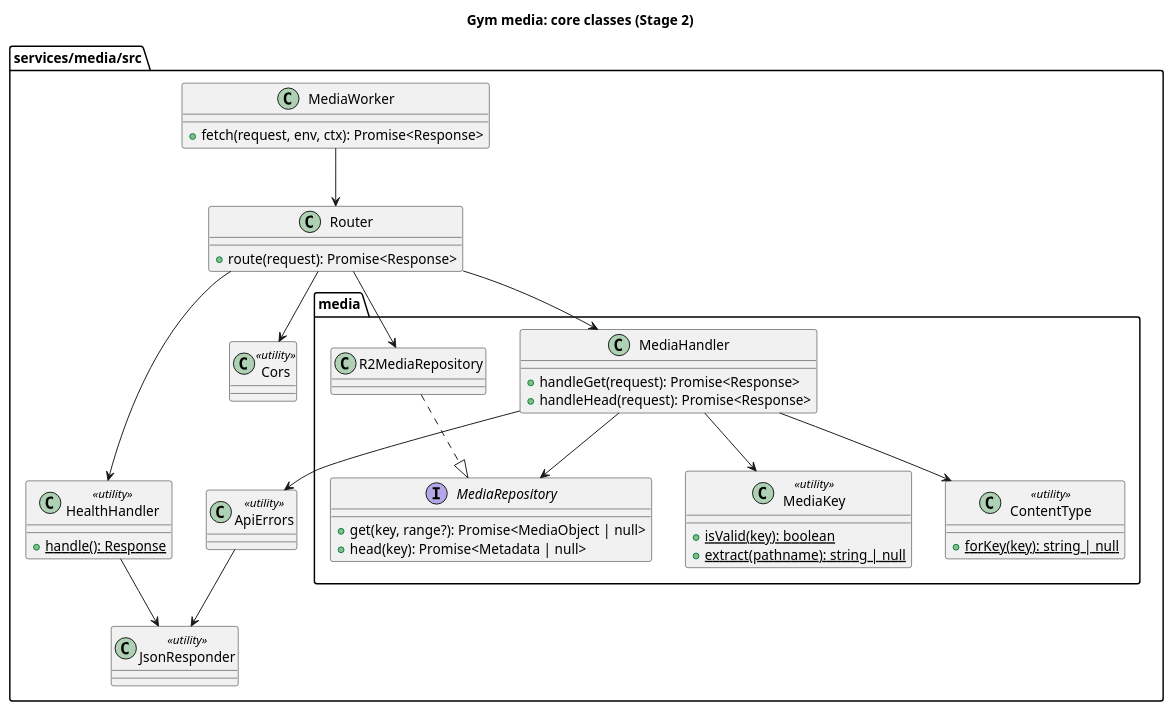
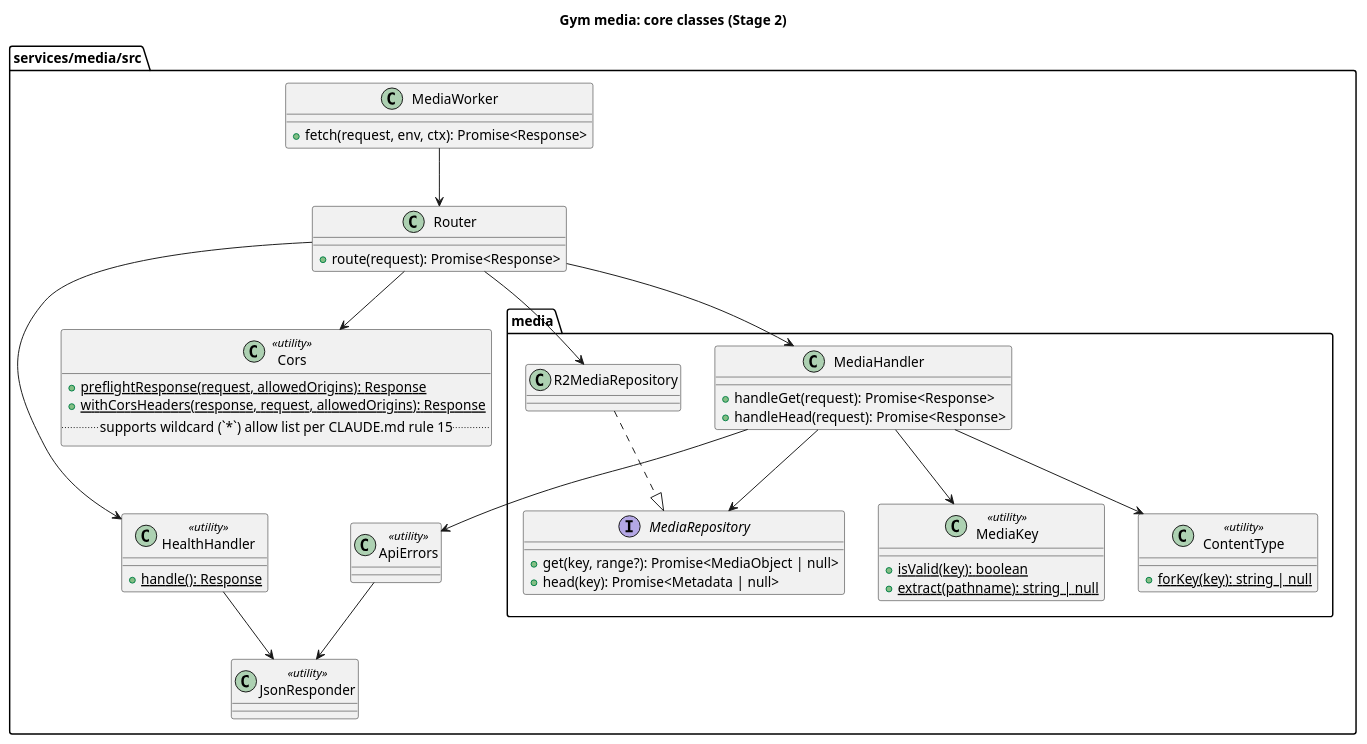
Before and after one commit to bobosiband/Gym: the diagram in docs/uml/media/class.puml, drawn with PlantUML. The commit also changed 7 other files, not shown here.

First line of the commit message:
feat(cors): allow wildcard origin in catalogue and media Workers

```diff
--- a/docs/uml/media/class.puml
+++ b/docs/uml/media/class.puml
@@ -1,53 +1,57 @@
 @startuml
 title Gym media: core classes (Stage 2)
 
 skinparam shadowing false
 
 package "services/media/src" {
   class MediaWorker {
     + fetch(request, env, ctx): Promise<Response>
   }
   class Router {
     + route(request): Promise<Response>
   }
   class HealthHandler <<utility>> {
     + {static} handle(): Response
   }
-  class Cors <<utility>>
+  class Cors <<utility>> {
+    + {static} preflightResponse(request, allowedOrigins): Response
+    + {static} withCorsHeaders(response, request, allowedOrigins): Response
+    .. supports wildcard (`*`) allow list per CLAUDE.md rule 15 ..
+  }
   class ApiErrors <<utility>>
   class JsonResponder <<utility>>
 
   package "media" {
     class MediaHandler {
       + handleGet(request): Promise<Response>
       + handleHead(request): Promise<Response>
     }
     interface MediaRepository {
       + get(key, range?): Promise<MediaObject | null>
       + head(key): Promise<Metadata | null>
     }
     class R2MediaRepository
     class MediaKey <<utility>> {
       + {static} isValid(key): boolean
       + {static} extract(pathname): string | null
     }
     class ContentType <<utility>> {
       + {static} forKey(key): string | null
     }
   }
 }
 
 MediaWorker --> Router
 Router --> HealthHandler
 Router --> MediaHandler
 Router --> Cors
 Router --> R2MediaRepository
 MediaHandler --> MediaRepository
 MediaHandler --> MediaKey
 MediaHandler --> ContentType
 MediaHandler --> ApiErrors
 R2MediaRepository ..|> MediaRepository
 ApiErrors --> JsonResponder
 HealthHandler --> JsonResponder
 
 @enduml
```
